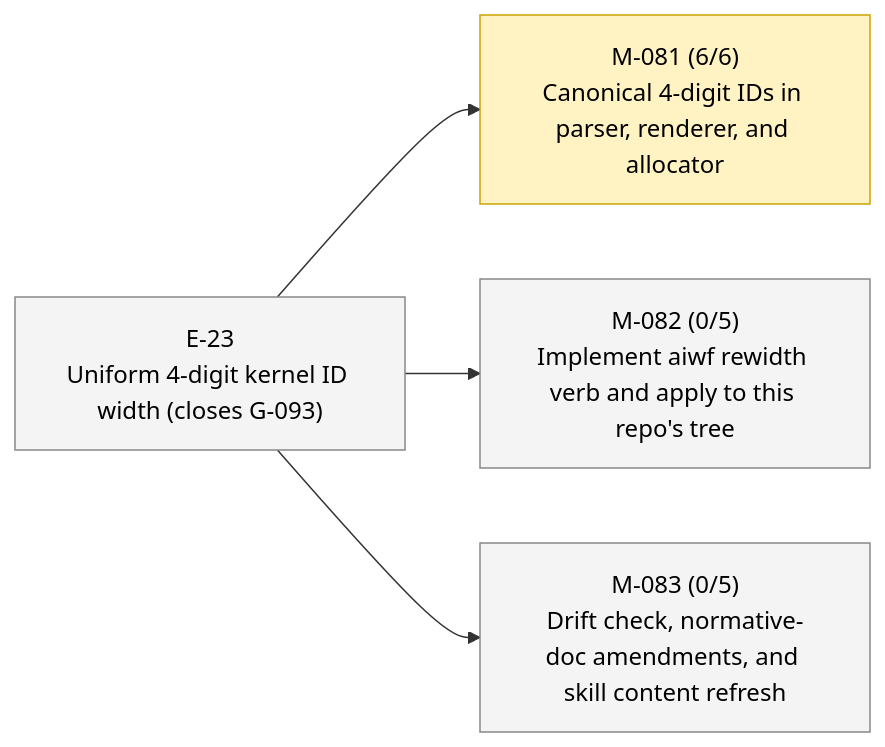
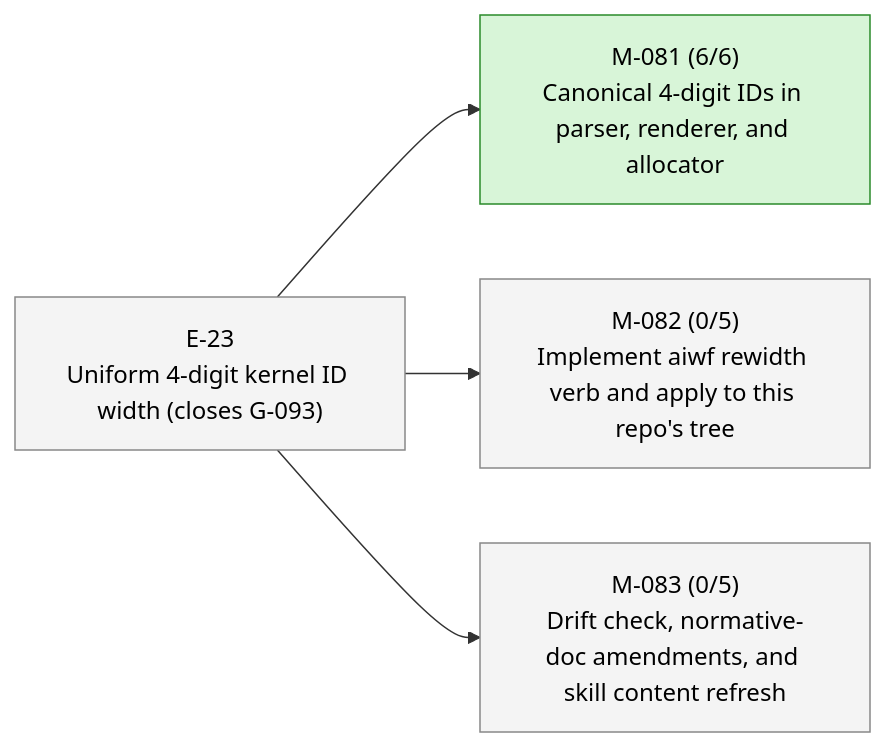
One commit to 23min/aiwf changed the second of 2 diagrams in STATUS.md. Above: the diagram before and after it, drawn with Mermaid. The commit also changed other lines of this file and 1 other file, not shown here.

First line of the commit message:
aiwf promote M-081 in_progress -> done

````diff
--- a/STATUS.md
+++ b/STATUS.md
@@ -47,16 +47,16 @@
 ```mermaid
 flowchart LR
   E_23["E-23<br/>Uniform 4-digit kernel ID width (closes G-093)"]:::epic_proposed
-  M_081["M-081 (6/6)<br/>Canonical 4-digit IDs in parser, renderer, and allocator"]:::ms_in_progress
+  M_081["M-081 (6/6)<br/>Canonical 4-digit IDs in parser, renderer, and allocator"]:::ms_done
   E_23 --> M_081
   M_082["M-082 (0/5)<br/>Implement aiwf rewidth verb and apply to this repo's tree"]:::ms_draft
   E_23 --> M_082
   M_083["M-083 (0/5)<br/>Drift check, normative-doc amendments, and skill content refresh"]:::ms_draft
   E_23 --> M_083
   classDef epic_active fill:#d6eaff,stroke:#1a73e8,color:#000
   classDef epic_proposed fill:#f4f4f4,stroke:#888,color:#000
   classDef ms_done fill:#d8f5d8,stroke:#2a8a2a,color:#000
   classDef ms_in_progress fill:#fff3c4,stroke:#caa400,color:#000
   classDef ms_draft fill:#f4f4f4,stroke:#888,color:#000
   classDef ms_cancelled fill:#fbeaea,stroke:#c33,color:#000
 ```
````
